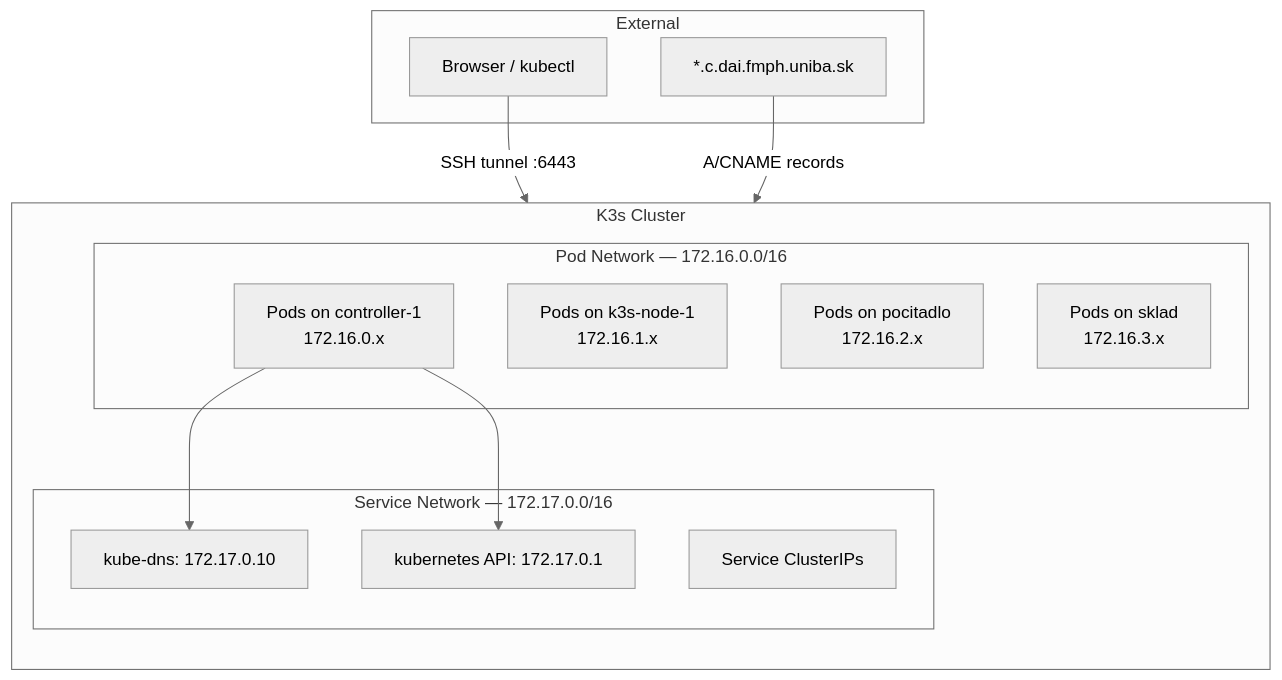
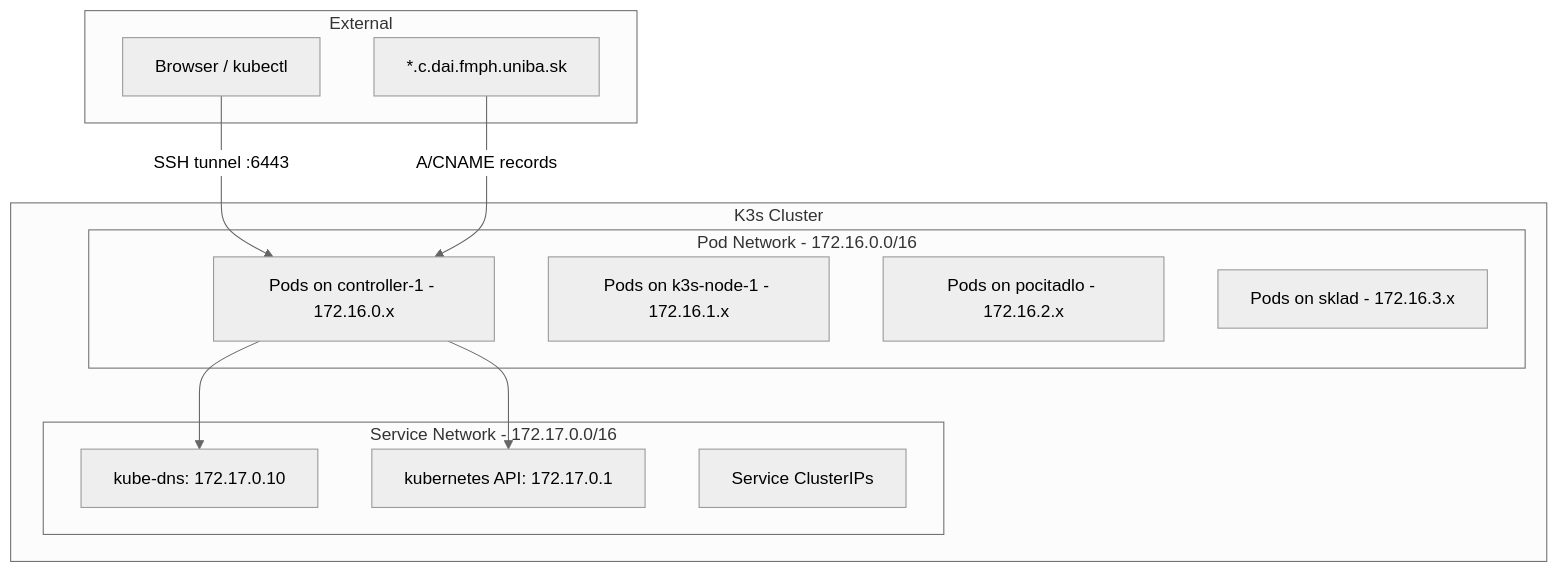
The second of 2 diagrams in network-topology.md (fmfi-dai-gpu-servers/compute-wiki), drawn with Mermaid (neutral theme) before and after one commit. The commit also changed other lines of this file and 6 other files, not shown here.

Commit message:
change: replace architecture beta with flowcharts

````diff
--- a/network-topology.md
+++ b/network-topology.md
@@ -42,27 +44,26 @@
 ```mermaid
 flowchart TB
     subgraph cluster["K3s Cluster"]
-        direction TB
-        subgraph pods["Pod Network — 172.16.0.0/16"]
-            P1[Pods on controller-1<br/>172.16.0.x]
-            P2[Pods on k3s-node-1<br/>172.16.1.x]
-            P3[Pods on pocitadlo<br/>172.16.2.x]
-            P4[Pods on sklad<br/>172.16.3.x]
+        subgraph pods["Pod Network - 172.16.0.0/16"]
+            P1["Pods on controller-1 - 172.16.0.x"]
+            P2["Pods on k3s-node-1 - 172.16.1.x"]
+            P3["Pods on pocitadlo - 172.16.2.x"]
+            P4["Pods on sklad - 172.16.3.x"]
         end
 
-        subgraph svcs["Service Network — 172.17.0.0/16"]
-            S1[kube-dns: 172.17.0.10]
-            S2[kubernetes API: 172.17.0.1]
-            S3[Service ClusterIPs]
+        subgraph svcs["Service Network - 172.17.0.0/16"]
+            S1["kube-dns: 172.17.0.10"]
+            S2["kubernetes API: 172.17.0.1"]
+            S3["Service ClusterIPs"]
         end
     end
 
     subgraph external["External"]
-        DNS[*.c.dai.fmph.uniba.sk]
-        Users[Browser / kubectl]
+        DNS["*.c.dai.fmph.uniba.sk"]
+        Users["Browser / kubectl"]
     end
 
     Users -->|SSH tunnel :6443| P1
     DNS -->|A/CNAME records| P1
     P1 --> S1 & S2
 ```
````
